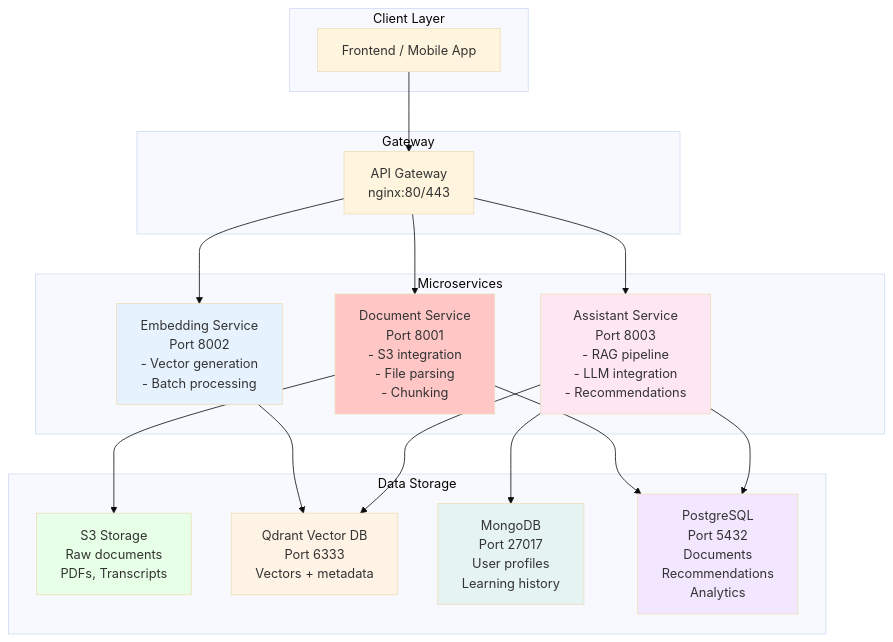
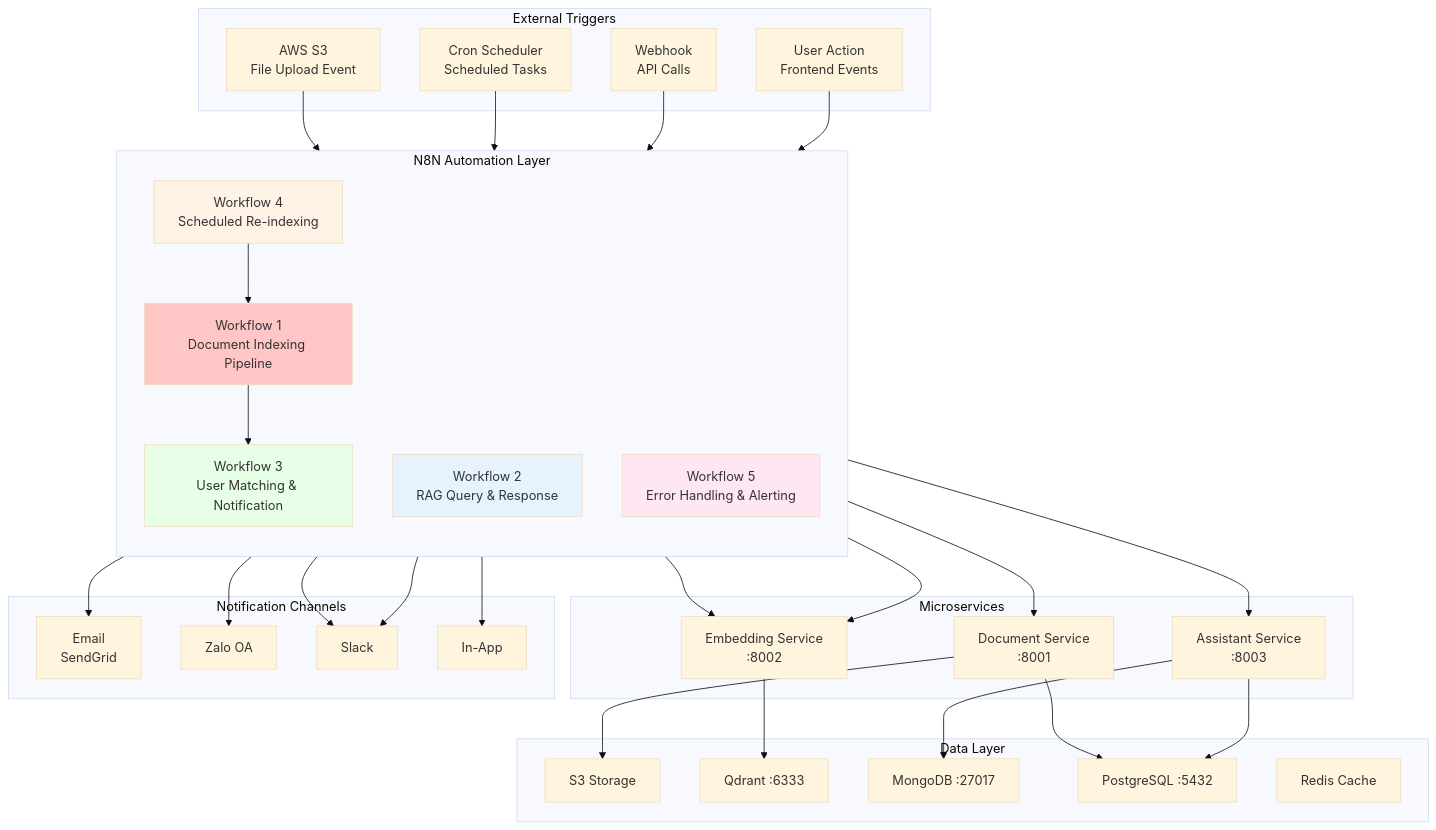
One commit to Nvcoing/WEUP-E-Learning changed the first of 14 diagrams in README.md. Above: the diagram before and after it, drawn with Mermaid (base theme). The commit also changed other lines of this file, not shown here.

````diff
--- a/README.md
+++ b/README.md
@@ -10,50 +25,71 @@
 ```mermaid
 graph TB
-    subgraph "Client Layer"
-        WEB["Frontend / Mobile App"]
+    subgraph "External Triggers"
+        S3[" AWS S3<br/>File Upload Event"]
+        SCHED[" Cron Scheduler<br/>Scheduled Tasks"]
+        WEBHOOK[" Webhook<br/>API Calls"]
+        USER[" User Action<br/>Frontend Events"]
     end
-    
-    subgraph "Gateway"
-        API["API Gateway<br/>nginx:80/443"]
+
+    subgraph "N8N Automation Layer"
+        direction TB
+        WF1[" Workflow 1<br/>Document Indexing Pipeline"]
+        WF2[" Workflow 2<br/>RAG Query & Response"]
+        WF3[" Workflow 3<br/>User Matching & Notification"]
+        WF4[" Workflow 4<br/>Scheduled Re-indexing"]
+        WF5[" Workflow 5<br/>Error Handling & Alerting"]
     end
-    
+
     subgraph "Microservices"
-        DOC["Document Service<br/>Port 8001<br/>- S3 integration<br/>- File parsing<br/>- Chunking"]
-        
-        EMBED["Embedding Service<br/>Port 8002<br/>- Vector generation<br/>- Batch processing"]
-        
-        ASSIST["Assistant Service<br/>Port 8003<br/>- RAG pipeline<br/>- LLM integration<br/>- Recommendations"]
+        DOC["Document Service<br/>:8001"]
+        EMBED["Embedding Service<br/>:8002"]
+        ASSIST["Assistant Service<br/>:8003"]
     end
-    
-    subgraph "Data Storage"
-        S3["S3 Storage<br/>Raw documents<br/>PDFs, Transcripts"]
-        
-        QDRANT["Qdrant Vector DB<br/>Port 6333<br/>Vectors + metadata"]
-        
-        MONGO["MongoDB<br/>Port 27017<br/>User profiles<br/>Learning history"]
-        
-        POSTGRES["PostgreSQL<br/>Port 5432<br/>Documents<br/>Recommendations<br/>Analytics"]
+
+    subgraph "Data Layer"
+        S3S["S3 Storage"]
+        QDRANT["Qdrant :6333"]
+        MONGO["MongoDB :27017"]
+        POSTGRES["PostgreSQL :5432"]
+        REDIS["Redis Cache"]
     end
-    
-    WEB --> API
-    API --> DOC
-    API --> EMBED
-    API --> ASSIST
-    
-    DOC --> S3
+
+    subgraph "Notification Channels"
+        EMAIL[" Email<br/>SendGrid"]
+        ZALO[" Zalo OA"]
+        SLACK[" Slack"]
+        INAPP[" In-App"]
+    end
+
+    S3 --> WF1
+    SCHED --> WF4
+    WEBHOOK --> WF2
+    USER --> WF2
+
+    WF1 --> DOC
+    WF1 --> EMBED
+    WF1 --> WF3
+
+    WF2 --> ASSIST
+    WF2 --> EMBED
+
+    WF3 --> EMAIL
+    WF3 --> ZALO
+    WF3 --> SLACK
+    WF3 --> INAPP
+
+    WF4 --> WF1
+    WF5 --> SLACK
+
+    DOC --> S3S
     DOC --> POSTGRES
-    
     EMBED --> QDRANT
-    
-    ASSIST --> QDRANT
     ASSIST --> MONGO
     ASSIST --> POSTGRES
-    
-    style DOC fill:#FFC6C6
-    style EMBED fill:#E6F3FF
-    style ASSIST fill:#FFE6F3
-    style S3 fill:#E6FFE6
-    style QDRANT fill:#FFF3E6
-    style MONGO fill:#E6F3F3
-    style POSTGRES fill:#F3E6FF
+
+    style WF1 fill:#FFC6C6
+    style WF2 fill:#E6F3FF
+    style WF3 fill:#E6FFE6
+    style WF4 fill:#FFF3E6
+    style WF5 fill:#FFE6F3
 ```
````
